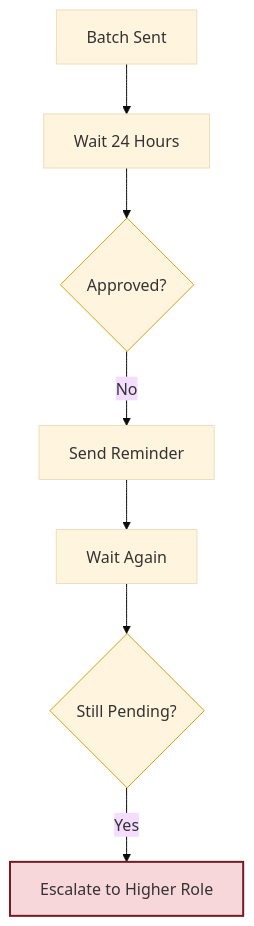
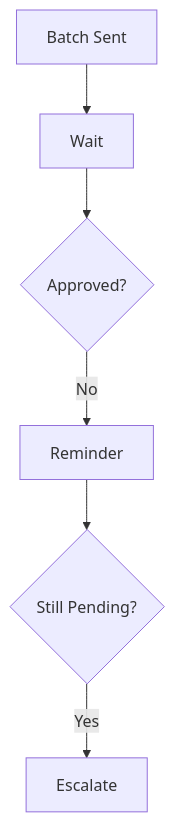
The second of 3 diagrams in README.md (apurba-labs/laravel-approval-engine), drawn with Mermaid before and after one commit. The commit also changed other lines of this file, not shown here.

````diff
--- a/README.md
+++ b/README.md
@@ -77,14 +82,8 @@
 ```mermaid
-%%{init: { 'theme': 'base', 'themeVariables': { 'nodeTextColor': '#000000' }}}%%
 graph TD
-    A[Batch Sent] --> B[Wait 24 Hours]
+    A[Batch Sent] --> B[Wait]
     B --> C{Approved?}
-    C -- No --> D[Send Reminder]
-    D --> E[Wait Again]
-    E --> F{Still Pending?}
-    F -- Yes --> G[Escalate to Higher Role]
-
-    style C fill:#fff4dd,stroke:#d4a017
-    style F fill:#fff4dd,stroke:#d4a017
-    style G fill:#f8d7da,stroke:#721c24,stroke-width:2px
+    C -- No --> D[Reminder]
+    D --> E{Still Pending?}
+    E -- Yes --> F[Escalate]
 ```
````
